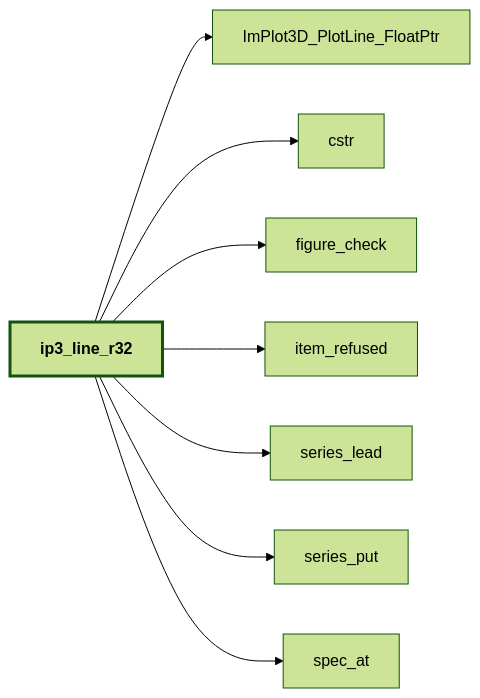
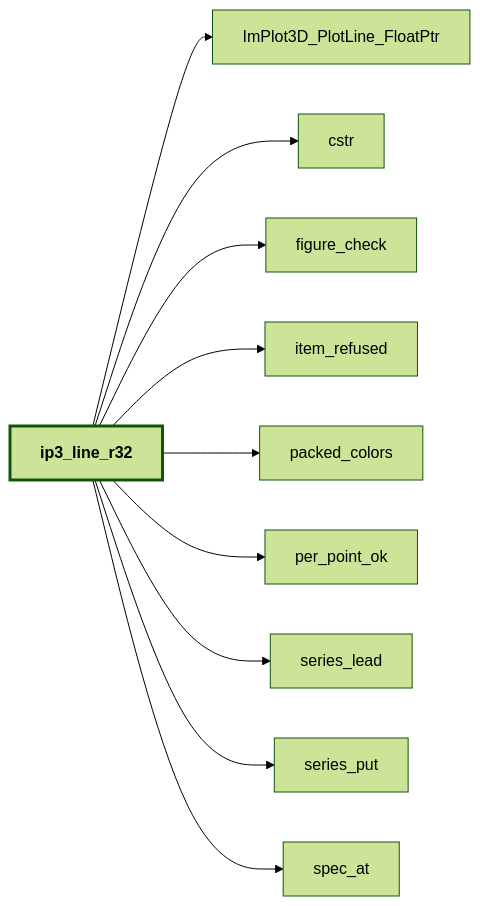
Before and after one commit to szaghi/figure: the fourth of 44 diagrams in docs/api/src/lib/figure_implot3d.md, drawn with Mermaid (forest theme). The commit also changed other lines of this file and 36 other files, not shown here.

First line of the commit message:
feat(plot3d): colours and sizes per point, axis formats and ticks, ImPlot3D's style by name

````diff
--- a/docs/api/src/lib/figure_implot3d.md
+++ b/docs/api/src/lib/figure_implot3d.md
@@ -304,19 +309,23 @@
 ```mermaid
 flowchart LR
   ip3_line_r32["ip3_line_r32"] --> ImPlot3D_PlotLine_FloatPtr["ImPlot3D_PlotLine_FloatPtr"]
   ip3_line_r32["ip3_line_r32"] --> cstr["cstr"]
   ip3_line_r32["ip3_line_r32"] --> figure_check["figure_check"]
   ip3_line_r32["ip3_line_r32"] --> item_refused["item_refused"]
+  ip3_line_r32["ip3_line_r32"] --> packed_colors["packed_colors"]
+  ip3_line_r32["ip3_line_r32"] --> per_point_ok["per_point_ok"]
   ip3_line_r32["ip3_line_r32"] --> series_lead["series_lead"]
   ip3_line_r32["ip3_line_r32"] --> series_put["series_put"]
   ip3_line_r32["ip3_line_r32"] --> spec_at["spec_at"]
   classDef focus stroke-width:3px,font-weight:bold
   class ip3_line_r32 focus
   click item_refused href "#item-refused" "item_refused"
+  click per_point_ok href "#per-point-ok" "per_point_ok"
   click series_lead href "figure_implot.html#series-lead" "series_lead"
   click series_put href "figure_implot.html#series-put" "series_put"
+  click spec_at href "#spec-at" "spec_at"
+  click packed_colors href "#packed-colors" "packed_colors"
   click ImPlot3D_PlotLine_FloatPtr href "figure_cimplot3d.html#implot3d-plotline-floatptr" "ImPlot3D_PlotLine_FloatPtr"
   click cstr href "figure_base.html#cstr" "cstr"
-  click spec_at href "#spec-at" "spec_at"
   click figure_check href "figure_base.html#figure-check" "figure_check"
 ```
````
